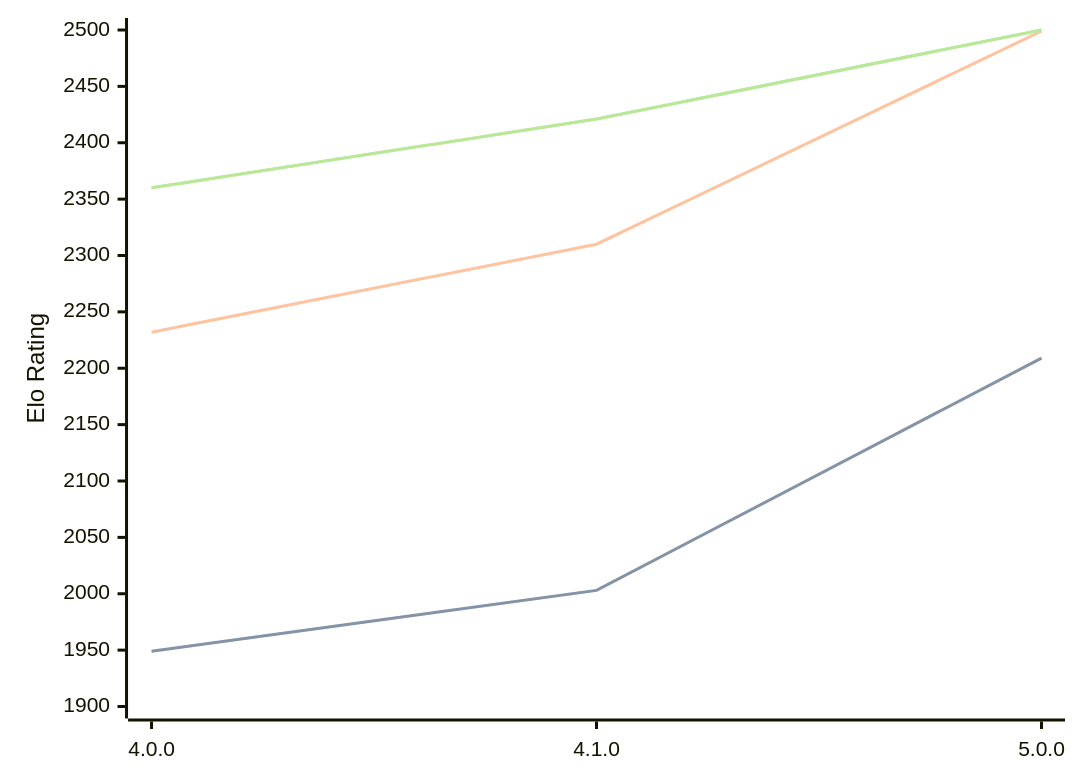
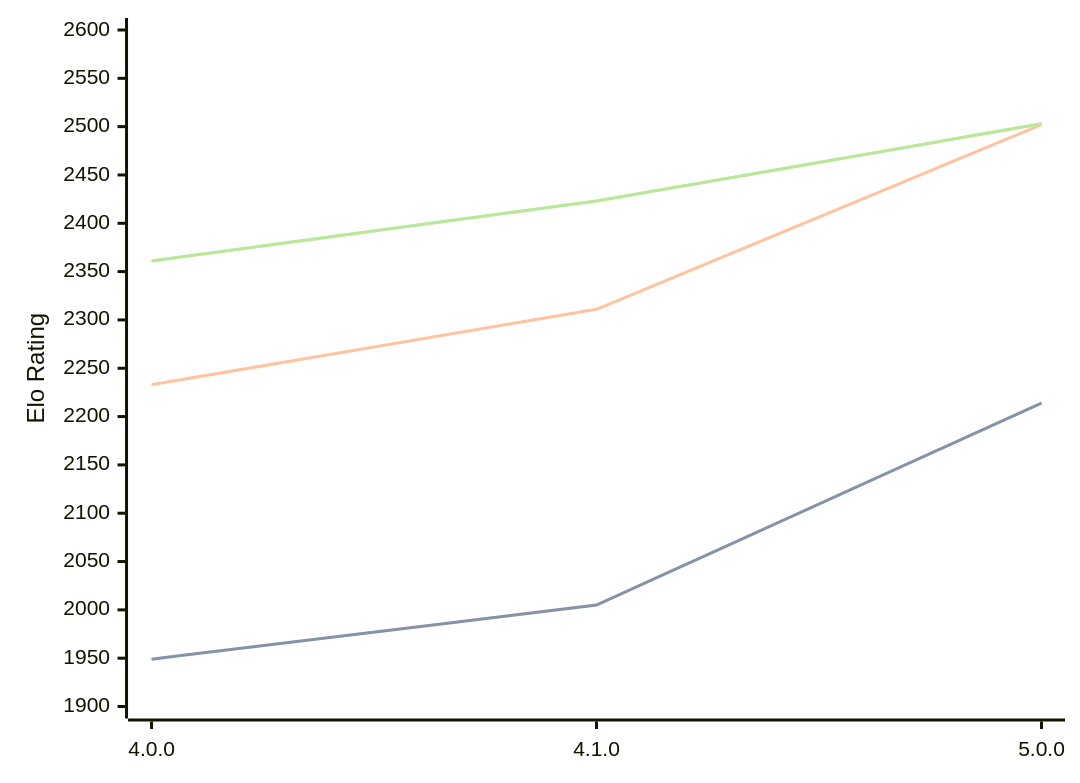
One commit to computer-chess-index/cci changed the diagram in engines/Aconcagua.md. Above: the diagram before and after it, drawn with Mermaid. The commit also changed other lines of this file, not shown here.

Commit message:
Update CCI Ratings (ELO VLTC) - 2026-02-21

````diff
--- a/engines/Aconcagua.md
+++ b/engines/Aconcagua.md
@@ -39,11 +39,11 @@
 ```mermaid
 %%{init: {"theme":"base","themeVariables":{"seriesColors:['#a3a3a3','#222221','#faa371']}}}%%
 xychart-beta
   x-axis ["4.0.0", "4.1.0", "5.0.0"]
-  y-axis "Elo Rating" 1900 --> 2500
-  line "STC (8.0+0.08s)" [1949, 2003, 2209]
-  line "STC (8.0+0.08s)" [1949, 2003, 2209]
-  line "LTC (60.0+0.60s)" [2232, 2310, 2499]
-  line "VLTC (2m24s+1.12s)" [2360, 2421, 2500]
-  line "VLTC (2m24s+1.12s)" [2360, 2421, 2500]
+  y-axis "Elo Rating" 1900 --> 2600
+  line "STC (8.0+0.08s)" [1949, 2005, 2214]
+  line "STC (8.0+0.08s)" [1949, 2005, 2214]
+  line "LTC (60.0+0.60s)" [2233, 2311, 2502]
+  line "VLTC (2m24s+1.12s)" [2361, 2423, 2503]
+  line "VLTC (2m24s+1.12s)" [2361, 2423, 2503]
 ```
````
